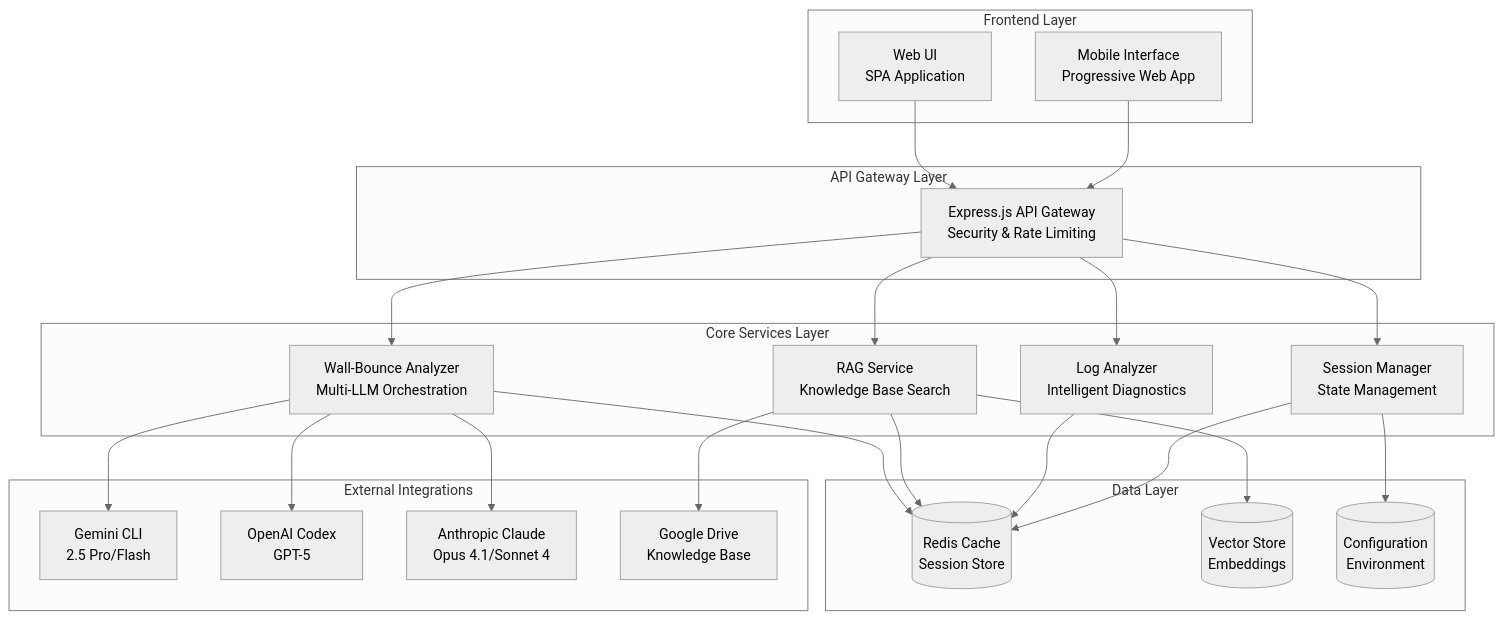
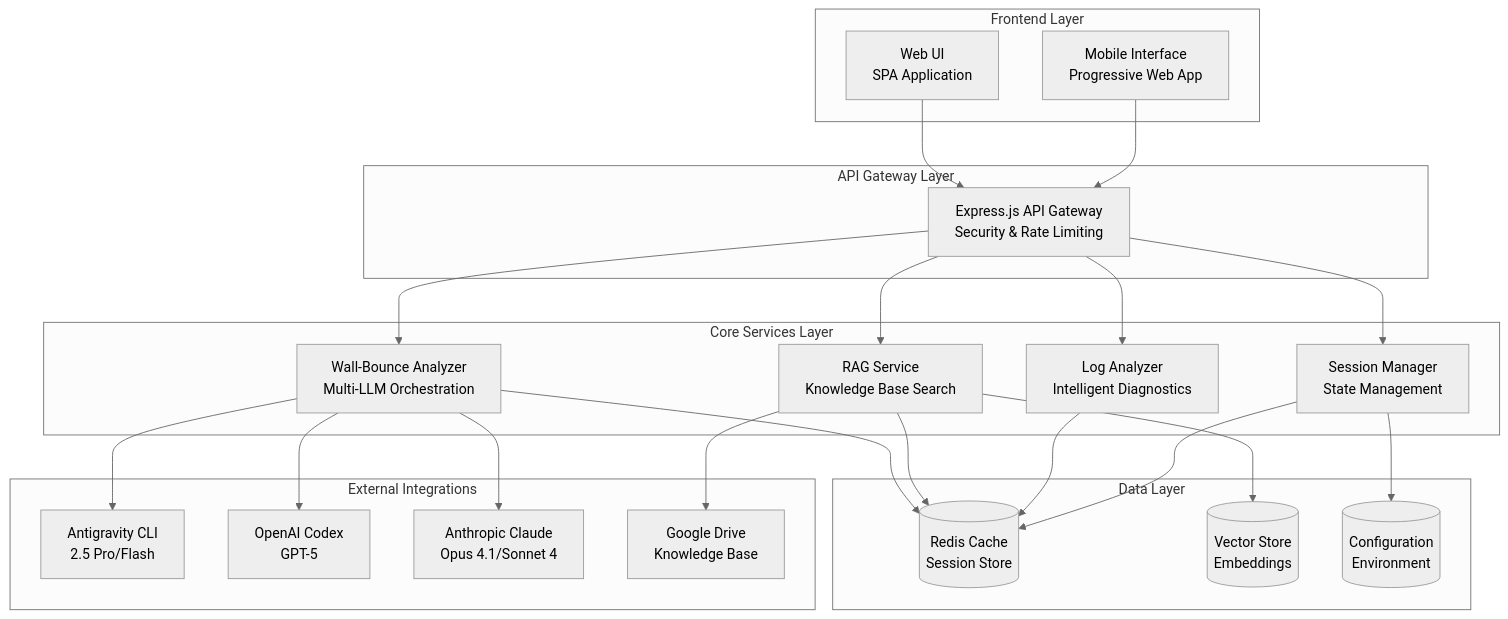
One commit to wombat2006/techdev changed the first of 3 diagrams in docs/BASIC_DESIGN.md. Above: the diagram before and after it, drawn with Mermaid (neutral theme). The commit also changed other lines of this file and 19 other files, not shown here.

First line of the commit message:
docs: Gemini CLI 表記を Antigravity CLI（agy）へ移行

````diff
--- a/docs/BASIC_DESIGN.md
+++ b/docs/BASIC_DESIGN.md
@@ -24,51 +24,51 @@
 ```mermaid
 graph TB
     subgraph "Frontend Layer"
         UI[Web UI<br/>SPA Application]
         Mobile[Mobile Interface<br/>Progressive Web App]
     end
 
     subgraph "API Gateway Layer"
         Gateway[Express.js API Gateway<br/>Security & Rate Limiting]
     end
 
     subgraph "Core Services Layer"
         WB[Wall-Bounce Analyzer<br/>Multi-LLM Orchestration]
         RAG[RAG Service<br/>Knowledge Base Search]
         LOG[Log Analyzer<br/>Intelligent Diagnostics]
         SESSION[Session Manager<br/>State Management]
     end
 
     subgraph "Data Layer"
         Redis[(Redis Cache<br/>Session Store)]
         Vector[(Vector Store<br/>Embeddings)]
         Config[(Configuration<br/>Environment)]
     end
 
     subgraph "External Integrations"
-        Gemini[Gemini CLI<br/>2.5 Pro/Flash]
+        Gemini[Antigravity CLI<br/>2.5 Pro/Flash]
         OpenAI[OpenAI Codex<br/>GPT-5]
         Anthropic[Anthropic Claude<br/>Opus 4.1/Sonnet 4]
         Drive[Google Drive<br/>Knowledge Base]
     end
 
     UI --> Gateway
     Mobile --> Gateway
     Gateway --> WB
     Gateway --> RAG
     Gateway --> LOG
     Gateway --> SESSION
 
     WB --> Redis
     RAG --> Redis
     LOG --> Redis
     SESSION --> Redis
 
     RAG --> Vector
     SESSION --> Config
 
     WB --> Gemini
     WB --> OpenAI
     WB --> Anthropic
     RAG --> Drive
 ```
````
